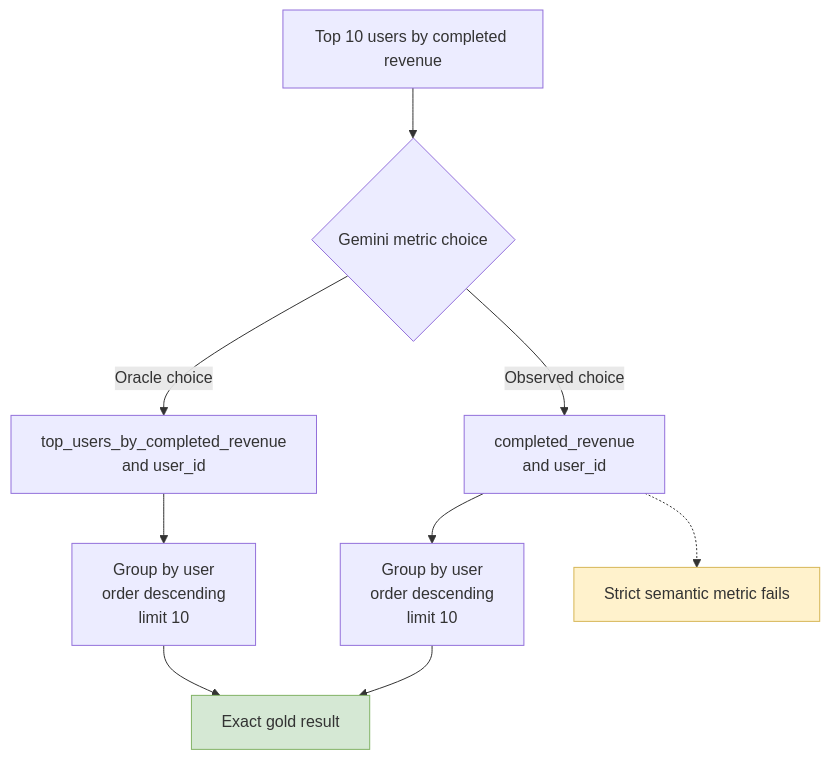
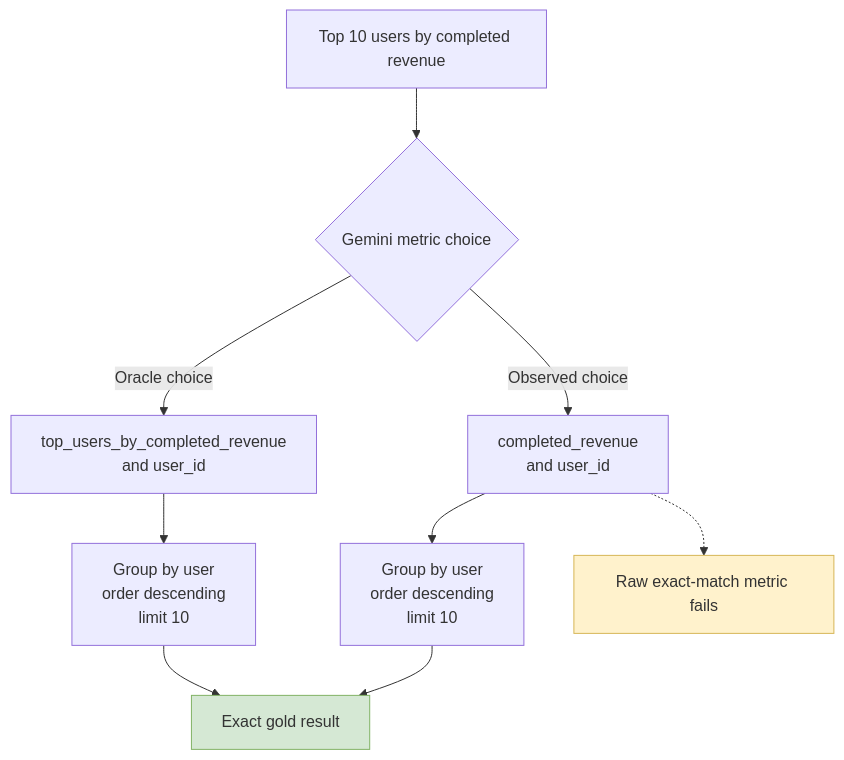
One commit to johanesalxd/random-stuff changed the sixth of 6 diagrams in bq_caapi_ge/advanced/app/semantic_analytics/evals/ADK_FLOW.md. Above: the diagram before and after it, drawn with Mermaid. The commit also changed other lines of this file and 2 other files, not shown here.

Commit message:
docs: Clarify semantic evaluation flow

````diff
--- a/bq_caapi_ge/advanced/app/semantic_analytics/evals/ADK_FLOW.md
+++ b/bq_caapi_ge/advanced/app/semantic_analytics/evals/ADK_FLOW.md
@@ -195,18 +326,18 @@
 ```mermaid
 flowchart TD
     Q[Top 10 users by completed revenue] --> CHOICE{Gemini metric choice}
 
     CHOICE -->|Oracle choice| SPECIAL["top_users_by_completed_revenue<br/>and user_id"]
     CHOICE -->|Observed choice| GENERIC["completed_revenue<br/>and user_id"]
 
     SPECIAL --> SQL1["Group by user<br/>order descending<br/>limit 10"]
     GENERIC --> SQL2["Group by user<br/>order descending<br/>limit 10"]
 
     SQL1 --> GOLD[Exact gold result]
     SQL2 --> GOLD
 
-    GENERIC -.-> STRICT[Strict semantic metric fails]
+    GENERIC -.-> STRICT[Raw exact-match metric fails]
 
     style GOLD fill:#d5e8d4,stroke:#82b366
     style STRICT fill:#fff2cc,stroke:#d6b656
 ```
````
